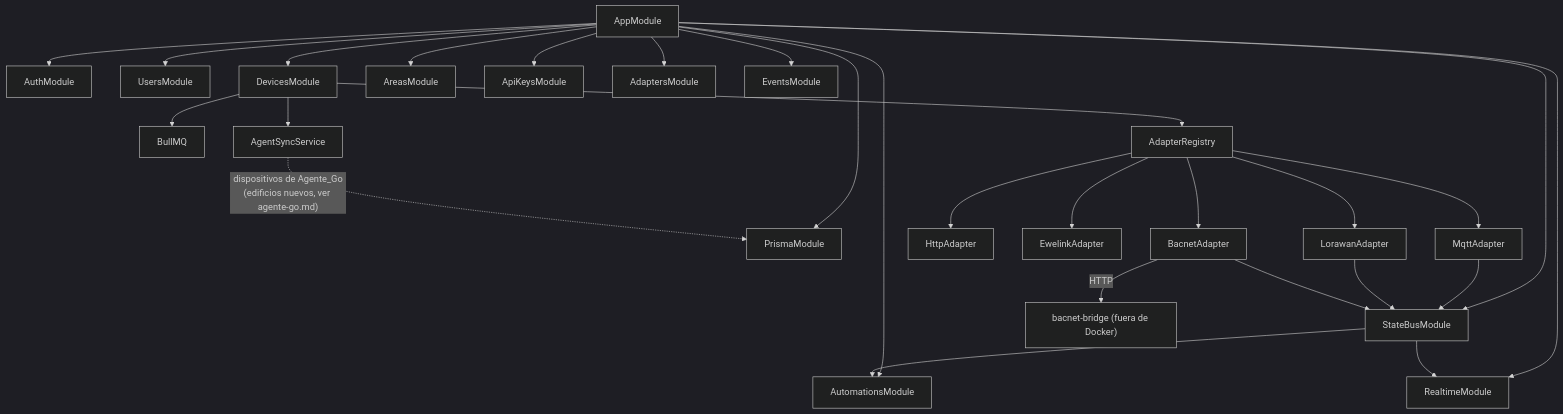
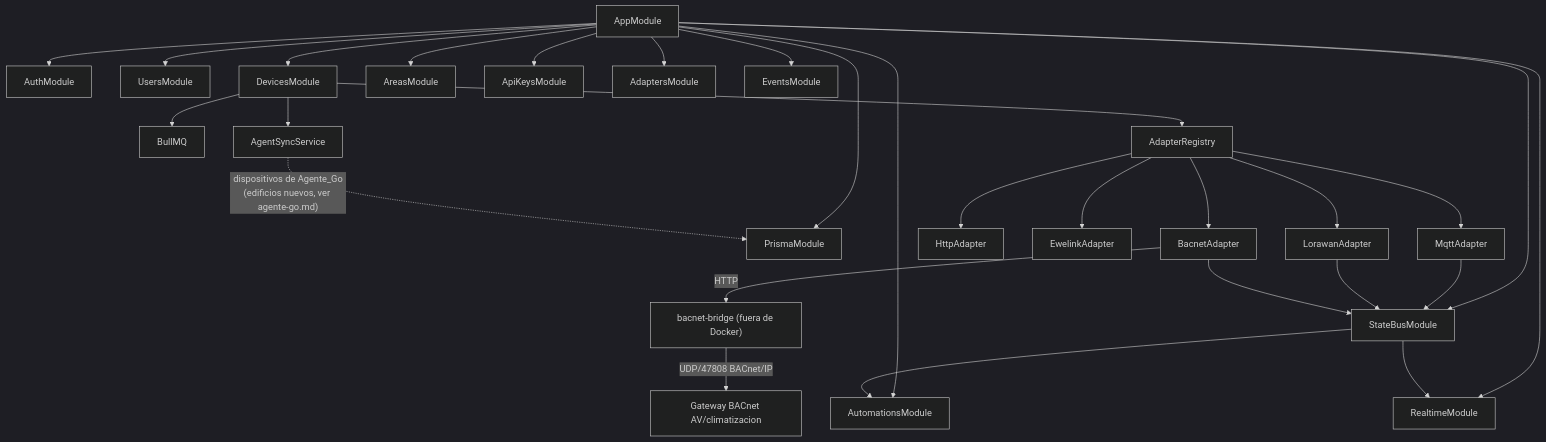
The fourth of 4 diagrams in docs/architecture.md (carlosh2388/controlia-nexo-smart), drawn with Mermaid (dark theme) before and after one commit. The commit also changed other lines of this file, not shown here.

Commit message:
Document BACnet AV protocol architecture

````diff
--- a/docs/architecture.md
+++ b/docs/architecture.md
@@ -126,31 +139,32 @@
 ```mermaid
 flowchart TB
   AppModule --> AuthModule
   AppModule --> UsersModule
   AppModule --> DevicesModule
   AppModule --> AreasModule
   AppModule --> AutomationsModule
   AppModule --> ApiKeysModule
   AppModule --> RealtimeModule
   AppModule --> AdaptersModule
   AppModule --> PrismaModule
   AppModule --> StateBusModule
   AppModule --> EventsModule
 
   DevicesModule --> BullMQ
   DevicesModule --> AdapterRegistry
   DevicesModule --> AgentSyncService
   AdapterRegistry --> MqttAdapter
   AdapterRegistry --> HttpAdapter
   AdapterRegistry --> EwelinkAdapter
   AdapterRegistry --> LorawanAdapter
   AdapterRegistry --> BacnetAdapter
   BacnetAdapter -->|HTTP| BacnetBridge["bacnet-bridge (fuera de Docker)"]
+  BacnetBridge -->|UDP/47808 BACnet/IP| BacnetGateway["Gateway BACnet AV/climatizacion"]
   MqttAdapter --> StateBusModule
   LorawanAdapter --> StateBusModule
   BacnetAdapter --> StateBusModule
   StateBusModule --> RealtimeModule
   StateBusModule --> AutomationsModule
 
   AgentSyncService -.->|"dispositivos de Agente_Go\n(edificios nuevos, ver agente-go.md)"| PrismaModule
 ```
````
